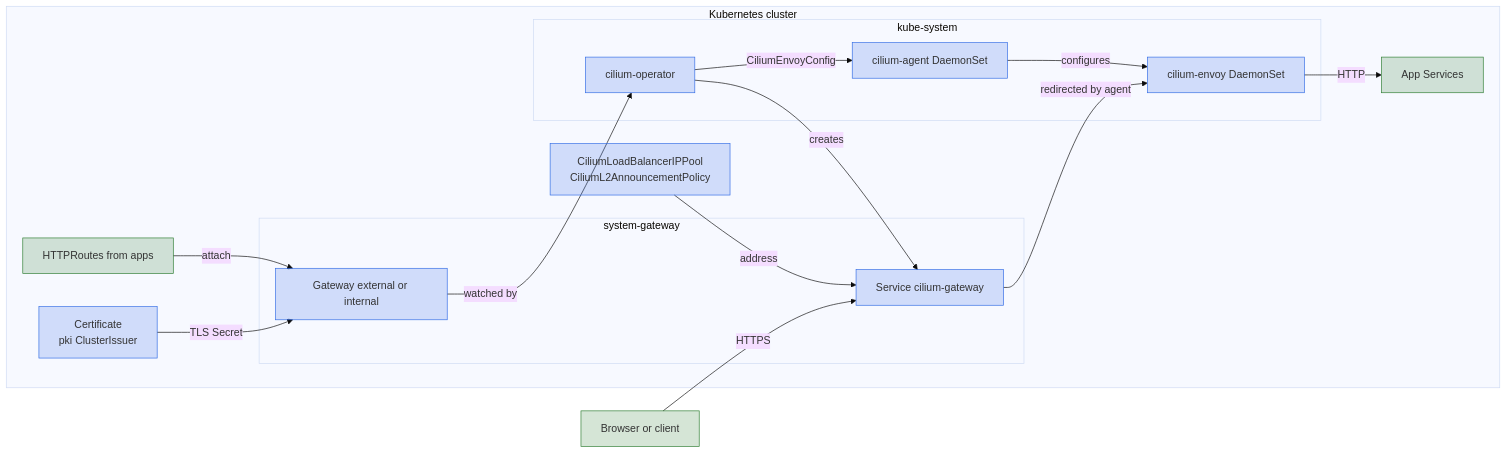
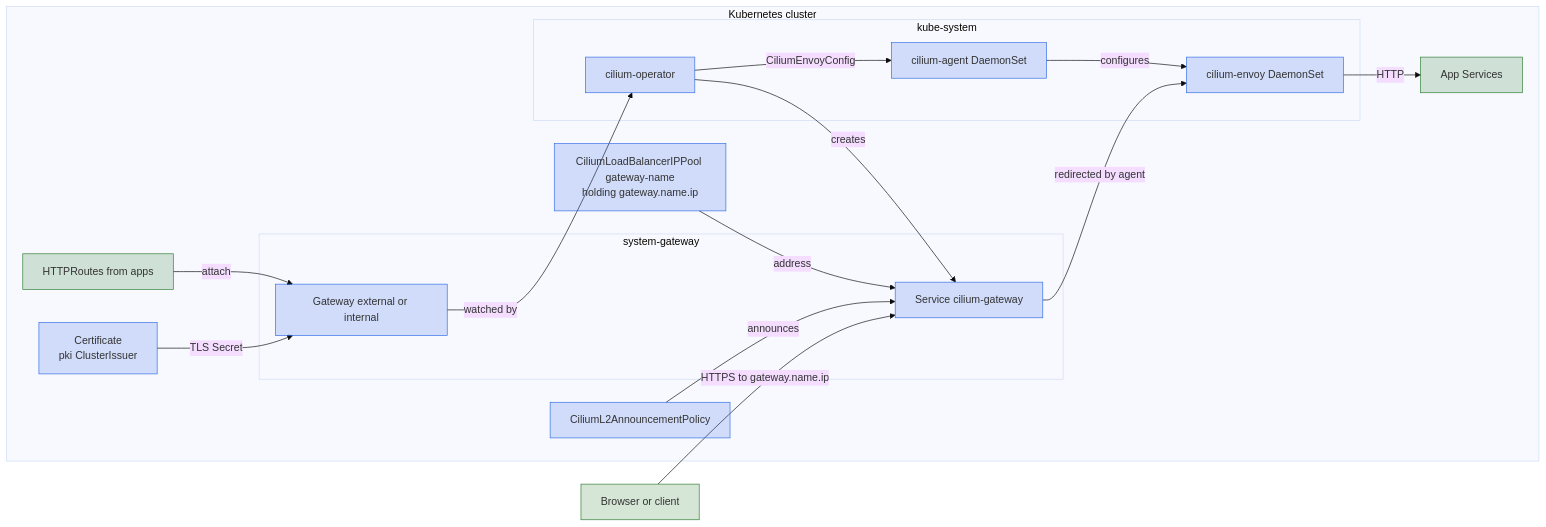
One commit to windsorcli/core changed the diagram in docs/guides/gateway/cilium.md. Above: the diagram before and after it, drawn with Mermaid (base theme). The commit also changed other lines of this file and 11 other files, not shown here.

````diff
--- a/docs/guides/gateway/cilium.md
+++ b/docs/guides/gateway/cilium.md
@@ -49,38 +49,40 @@
 ```mermaid
 flowchart LR
   client[Browser or client]
 
   subgraph cluster[Kubernetes cluster]
     routes[HTTPRoutes from apps]
     cert[Certificate<br/>pki ClusterIssuer]
-    pool[CiliumLoadBalancerIPPool<br/>CiliumL2AnnouncementPolicy]
+    pool[CiliumLoadBalancerIPPool gateway-name<br/>holding gateway.name.ip]
+    l2[CiliumL2AnnouncementPolicy]
 
     subgraph systemgateway[system-gateway]
       gateway[Gateway external or internal]
       svc[Service cilium-gateway]
     end
 
     subgraph kubesystem[kube-system]
       operator[cilium-operator]
       agent[cilium-agent DaemonSet]
       envoy[cilium-envoy DaemonSet]
     end
 
     apps[App Services]
   end
 
   routes -->|attach| gateway
   cert -->|TLS Secret| gateway
   gateway -->|watched by| operator
   operator -->|creates| svc
   operator -->|CiliumEnvoyConfig| agent
   agent -->|configures| envoy
   pool -->|address| svc
-  client -->|HTTPS| svc
+  l2 -->|announces| svc
+  client -->|HTTPS to gateway.name.ip| svc
   svc -->|redirected by agent| envoy
   envoy -->|HTTP| apps
   classDef app fill:#2E7D3233,stroke:#2E7D32
   classDef k8s fill:#326CE533,stroke:#326CE5
   class client,routes,apps app
-  class cert,pool,gateway,svc,operator,agent,envoy k8s
+  class cert,pool,l2,gateway,svc,operator,agent,envoy k8s
 ```
````
